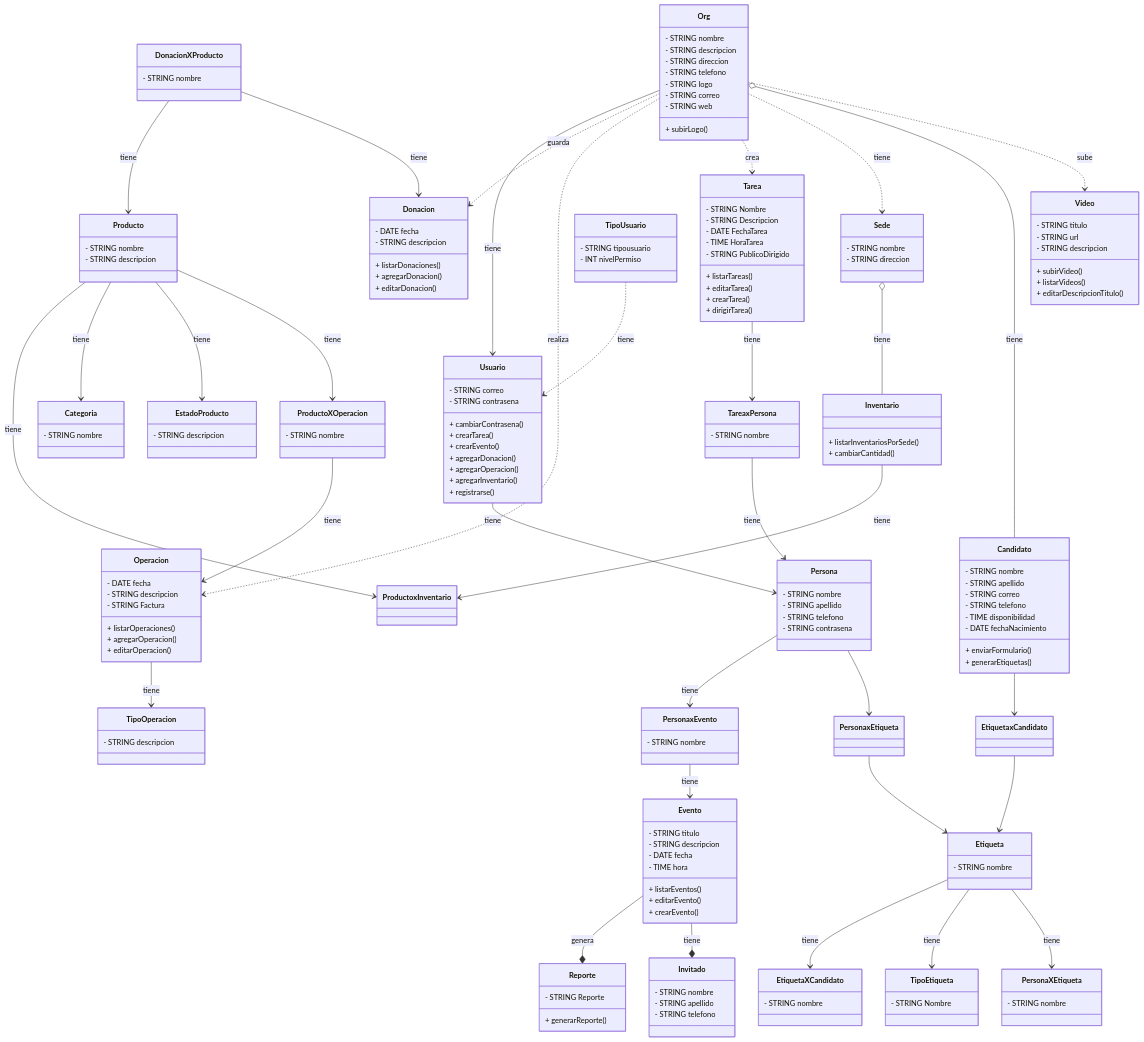
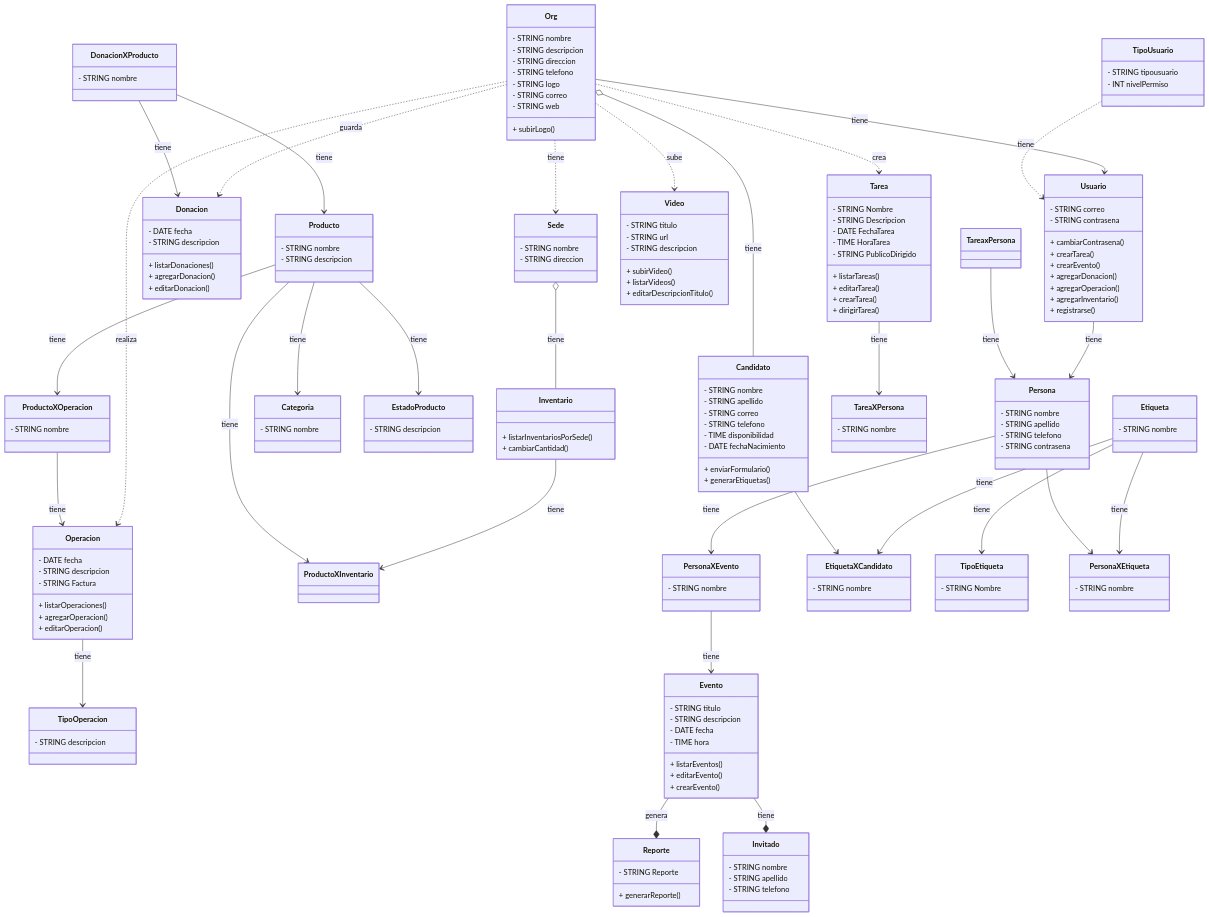
Before and after one commit to facugirardi/Vaid: the diagram in docs/classDiagram.mmd, drawn with Mermaid. The commit also changed 1 other file, not shown here.

Commit message:
diagrams

```diff
--- a/docs/classDiagram.mmd
+++ b/docs/classDiagram.mmd
@@ -10,28 +10,26 @@
 TipoUsuario ..> Usuario : tiene
 Usuario --> Persona : tiene
 Sede o-- Inventario : tiene
-Inventario --> ProductoxInventario : tiene
-Producto --> ProductoxInventario : tiene
+Inventario --> ProductoXInventario : tiene
+Producto --> ProductoXInventario : tiene
 Producto --> Categoria : tiene
 Producto --> EstadoProducto : tiene
 Producto --> ProductoXOperacion : tiene
 DonacionXProducto --> Producto : tiene
 DonacionXProducto --> Donacion : tiene
 TareaxPersona --> Persona : tiene
-Persona --> PersonaxEvento : tiene
+Persona --> PersonaXEvento : tiene
 Etiqueta --> EtiquetaXCandidato : tiene
 Etiqueta --> TipoEtiqueta : tiene
 Etiqueta --> PersonaXEtiqueta : tiene
 Operacion --> TipoOperacion : tiene
 ProductoXOperacion --> Operacion : tiene
 Evento --* Reporte : genera
-PersonaxEvento --> Evento : tiene
+PersonaXEvento --> Evento : tiene
 Evento --* Invitado : tiene
-Tarea --> TareaxPersona : tiene
-Candidato --> EtiquetaxCandidato
-EtiquetaxCandidato --> Etiqueta
-PersonaxEtiqueta --> Etiqueta
-Persona --> PersonaxEtiqueta
+Tarea --> TareaXPersona : tiene
+Candidato --> EtiquetaXCandidato
+Persona --> PersonaXEtiqueta
 
 
     class TipoUsuario {
@@ -194,11 +192,11 @@
         - STRING telefono
     }
 
-    class TareaxPersona{
+    class TareaXPersona{
         - STRING nombre
     }
 
-    class PersonaxEvento{
+    class PersonaXEvento{
         - STRING nombre
     }
     
```
